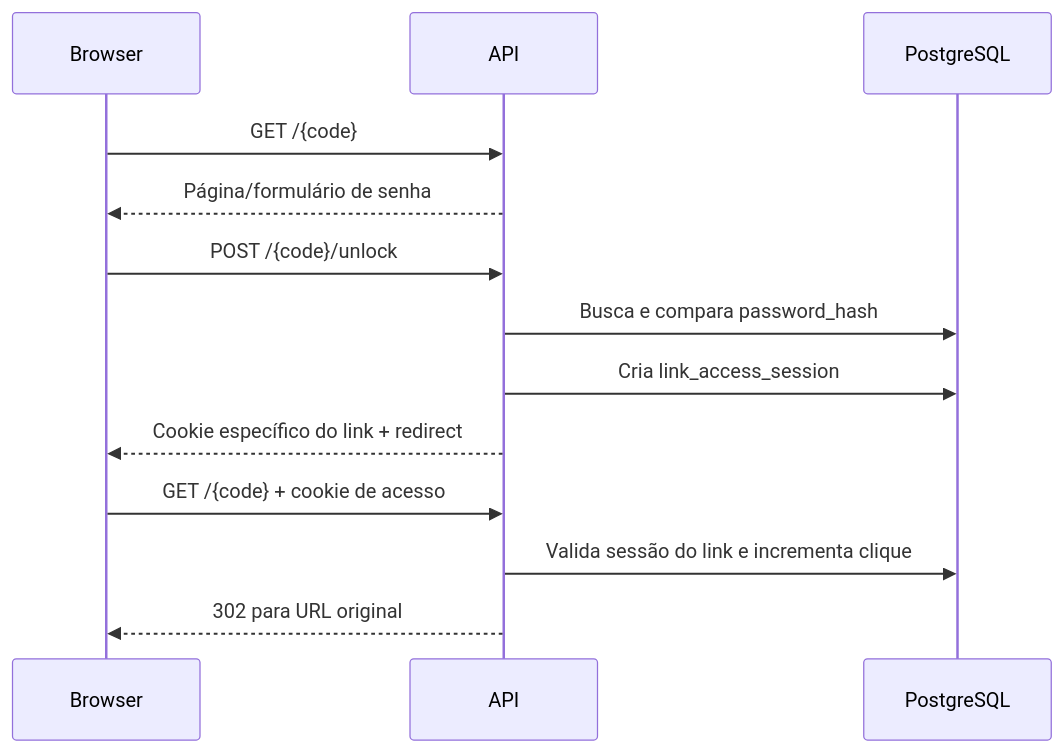
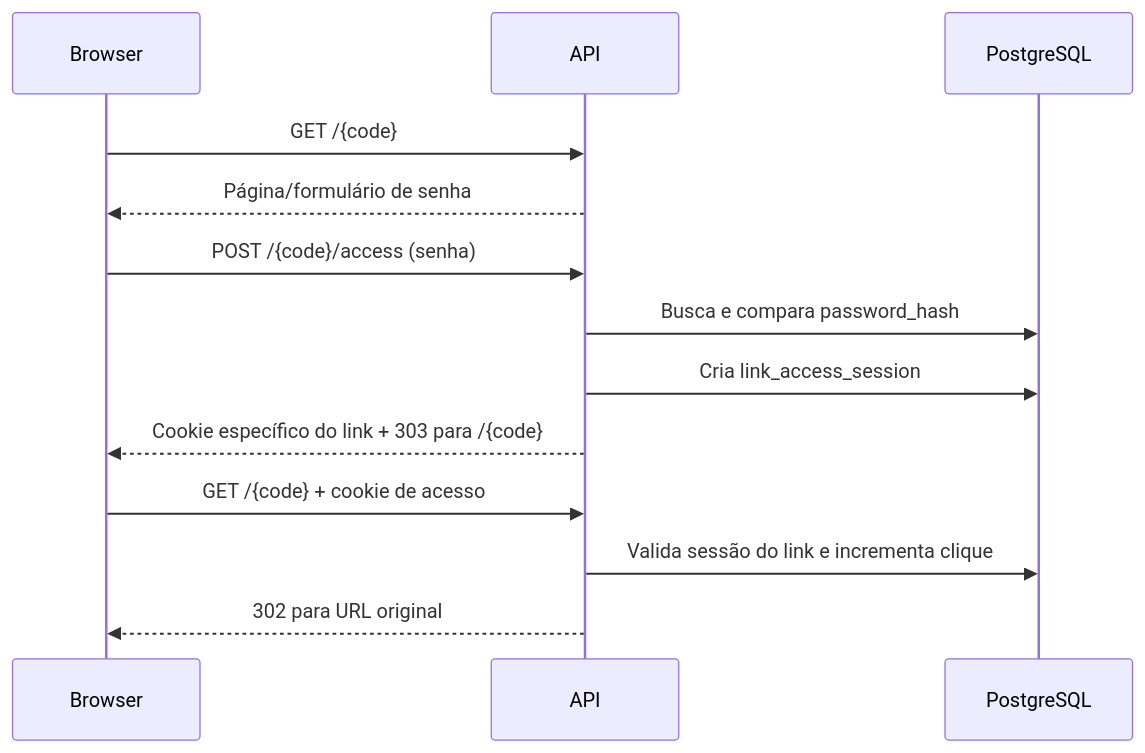
Before and after one commit to fredsaggio/shortbit: the fifth of 6 diagrams in docs/short-links.md, drawn with Mermaid. The commit also changed other lines of this file and 4 other files, not shown here.

````diff
--- a/docs/short-links.md
+++ b/docs/short-links.md
@@ -125,16 +125,16 @@
 ```mermaid
 sequenceDiagram
     participant Browser
     participant API
     participant DB as PostgreSQL
 
     Browser->>API: GET /{code}
     API-->>Browser: Página/formulário de senha
-    Browser->>API: POST /{code}/unlock
+    Browser->>API: POST /{code}/access (senha)
     API->>DB: Busca e compara password_hash
     API->>DB: Cria link_access_session
-    API-->>Browser: Cookie específico do link + redirect
+    API-->>Browser: Cookie específico do link + 303 para /{code}
     Browser->>API: GET /{code} + cookie de acesso
     API->>DB: Valida sessão do link e incrementa clique
     API-->>Browser: 302 para URL original
 ```
````
